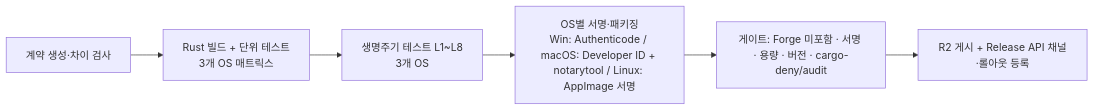
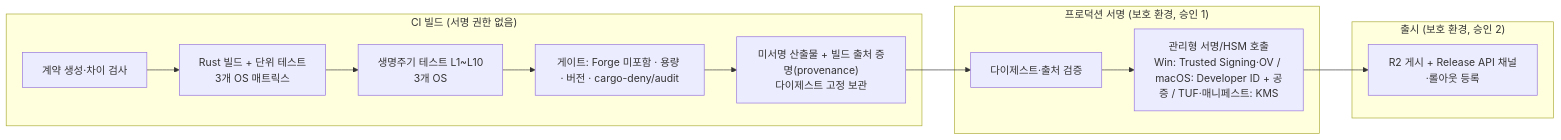
Before and after one commit to alex-kang-ovdr/GoDotProjects: the third of 3 diagrams in docs/desktop/HUB_DESKTOP_PLAN.md, drawn with Mermaid. The commit also changed other lines of this file, not shown here.

````diff
--- a/docs/desktop/HUB_DESKTOP_PLAN.md
+++ b/docs/desktop/HUB_DESKTOP_PLAN.md
@@ -322,8 +392,17 @@
 ```mermaid
 flowchart LR
-    C["계약 생성·차이 검사"] --> B["Rust 빌드 + 단위 테스트<br/>3개 OS 매트릭스"]
-    B --> L["생명주기 테스트 L1~L8<br/>3개 OS"]
-    L --> S["OS별 서명·패키징<br/>Win: Authenticode / macOS: Developer ID + notarytool / Linux: AppImage 서명"]
-    S --> G["게이트: Forge 미포함 · 서명 · 용량 · 버전 · cargo-deny/audit"]
-    G --> P["R2 게시 + Release API 채널·롤아웃 등록"]
+    subgraph CI["CI 빌드 (서명 권한 없음)"]
+        C["계약 생성·차이 검사"] --> B["Rust 빌드 + 단위 테스트<br/>3개 OS 매트릭스"]
+        B --> L["생명주기 테스트 L1~L10<br/>3개 OS"]
+        L --> G["게이트: Forge 미포함 · 용량 · 버전 · cargo-deny/audit"]
+        G --> A["미서명 산출물 + 빌드 출처 증명(provenance)<br/>다이제스트 고정 보관"]
+    end
+    subgraph SIGN["프로덕션 서명 (보호 환경, 승인 1)"]
+        V["다이제스트·출처 검증"] --> S["관리형 서명/HSM 호출<br/>Win: Trusted Signing·OV / macOS: Developer ID + 공증 / TUF·매니페스트: KMS"]
+    end
+    subgraph REL["출시 (보호 환경, 승인 2)"]
+        P["R2 게시 + Release API 채널·롤아웃 등록"]
+    end
+    A --> V
+    S --> P
 ```
````
